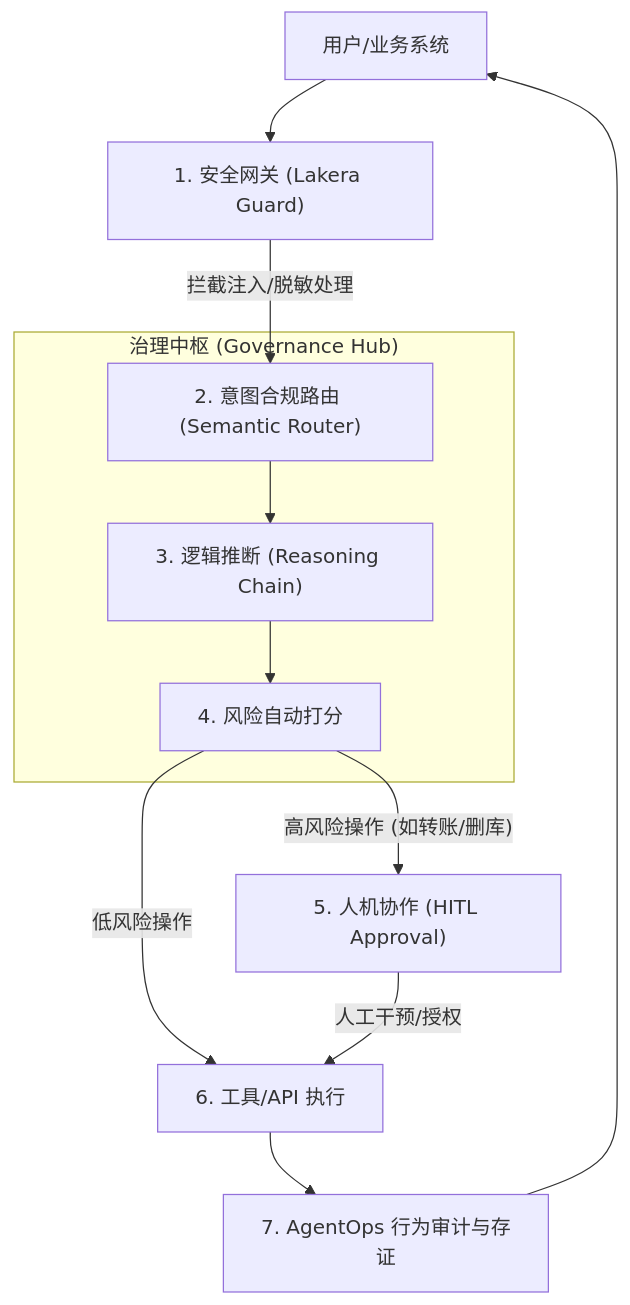
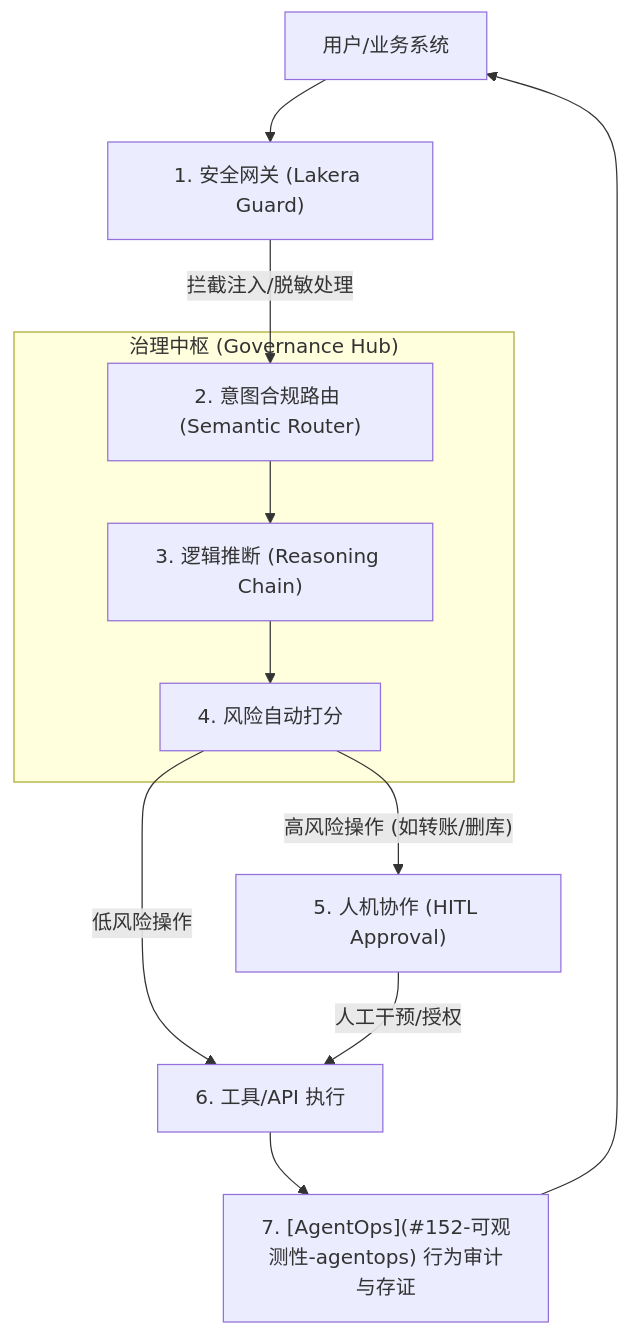
One commit to wangchong2023/ai-learning changed diagram 30 of 31 in doc/AI_Knowledge_Roadmap.md. Above: the diagram before and after it, drawn with Mermaid. The commit also changed other lines of this file and 1 other file, not shown here.

Commit message:
feat: add document repair script and update AI knowledge roadmap documentation

````diff
--- a/doc/AI_Knowledge_Roadmap.md
+++ b/doc/AI_Knowledge_Roadmap.md
@@ -2139,17 +2054,17 @@
 ```mermaid
 graph TD
     User["用户/业务系统"] --> EntryGate["1. 安全网关 (Lakera Guard)"]
     EntryGate -- "拦截注入/脱敏处理" --> Router["2. 意图合规路由 (Semantic Router)"]
     
     subgraph GovHub ["治理中枢 (Governance Hub)"]
         Router --> Reasoning["3. 逻辑推断 (Reasoning Chain)"]
         Reasoning --> RiskScoring["4. 风险自动打分"]
     end
     
     RiskScoring -- "高风险操作 (如转账/删库)" --> HITL["5. 人机协作 (HITL Approval)"]
     RiskScoring -- "低风险操作" --> Execute["6. 工具/API 执行"]
     
     HITL -- "人工干预/授权" --> Execute
-    Execute --> Audit["7. AgentOps 行为审计与存证"]
+    Execute --> Audit["7. [AgentOps](#152-可观测性-agentops) 行为审计与存证"]
     Audit --> User
 ```
````
